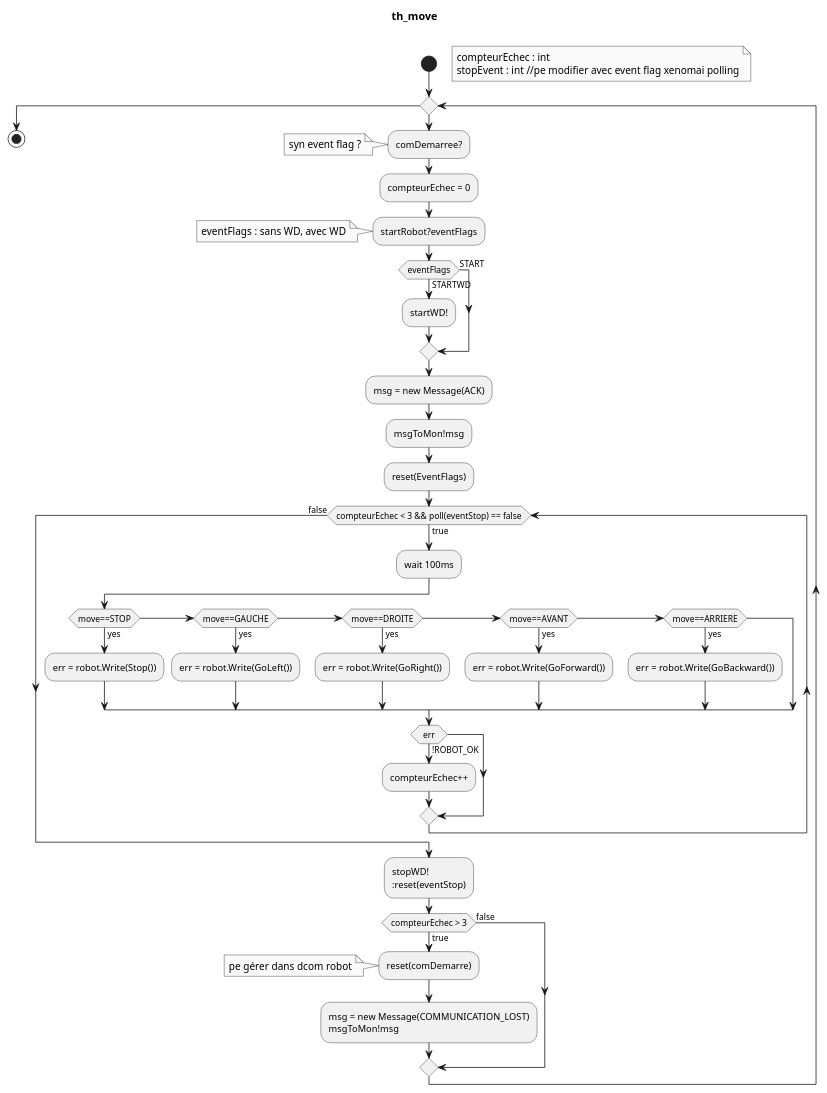
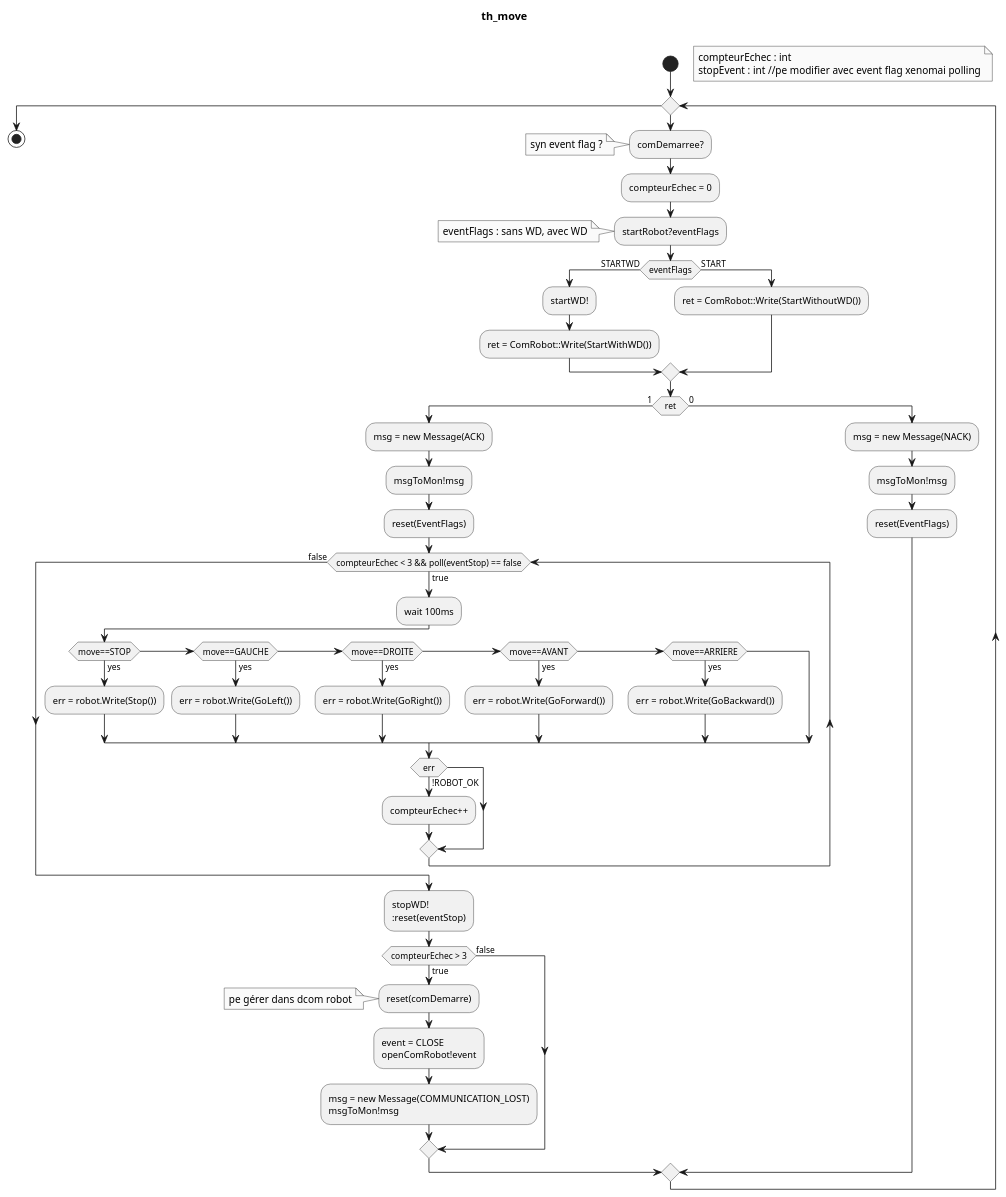
The diagram in diags/th_move.puml (Bobillot/BE_Temps_Reel), drawn with PlantUML before and after one commit.

```diff
--- a/diags/th_move.puml
+++ b/diags/th_move.puml
@@ -1,64 +1,77 @@
 @startuml
 
 skinparam monochrome true
 title th_move \n
 
 
 start
 
 floating note right
 compteurEchec : int
 stopEvent : int //pe modifier avec event flag xenomai polling
 endnote
 
 while ()
     :comDemarree?;
     note : syn event flag ?
     :compteurEchec = 0;
 
     :startRobot?eventFlags;
     note
     eventFlags : sans WD, avec WD
     endnote
 
     if (eventFlags) then (STARTWD)
         :startWD!;
+        :ret = ComRobot::Write(StartWithWD());
     else (START)
+    :ret = ComRobot::Write(StartWithoutWD());
     endif
-
+    
+    if (ret) then (1)
+    
     :msg = new Message(ACK);
 
     :msgToMon!msg;
 
     :reset(EventFlags);
 
     while (compteurEchec < 3 && poll(eventStop) == false) is (true)
         :wait 100ms;
         if (move==STOP) then (yes)
             :err = robot.Write(Stop());
         elseif (move==GAUCHE) then (yes)
             :err = robot.Write(GoLeft());
         elseif (move==DROITE) then (yes)
             :err = robot.Write(GoRight());
         elseif (move==AVANT) then (yes)
             :err = robot.Write(GoForward());
         elseif (move==ARRIERE) then (yes)
             :err = robot.Write(GoBackward());
         endif
         if (err) then (!ROBOT_OK)
             :compteurEchec++;
         endif
     endwhile (false)
     :stopWD!
 :reset(eventStop);
 
 if (compteurEchec > 3) then (true)
     :reset(comDemarre);
     note : pe gérer dans dcom robot
+    :event = CLOSE
+    openComRobot!event;
     :msg = new Message(COMMUNICATION_LOST)
     msgToMon!msg;
 else (false)
 endif
+else (0)
+    :msg = new Message(NACK);
+
+    :msgToMon!msg;
+
+    :reset(EventFlags);
+endif
 endwhile
 stop
 @enduml
```
